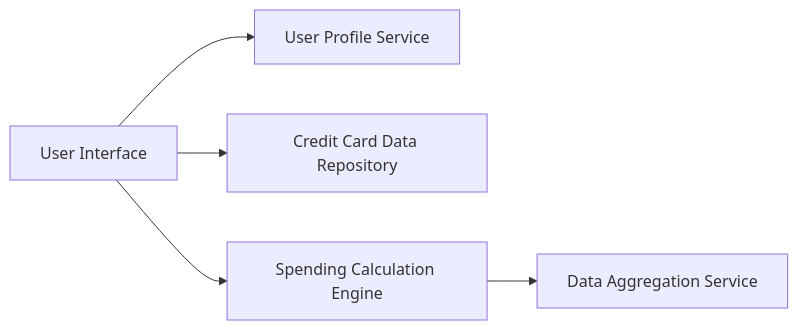
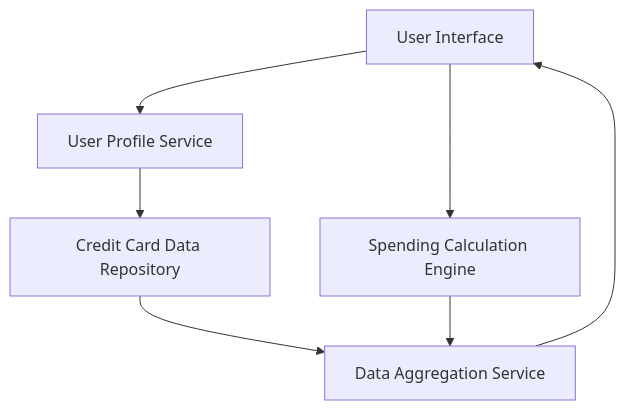
One commit to AAVA-Demo/APB_Demo changed the diagram in HLD/QE-7709_HLD.md. Above: the diagram before and after it, drawn with Mermaid. The commit also changed other lines of this file and 5 other files, not shown here.

````diff
--- a/HLD/QE-7709_HLD.md
+++ b/HLD/QE-7709_HLD.md
@@ -7,12 +7,14 @@
 ```mermaid
-flowchart LR
+flowchart TD
     A["User Interface"]
     B["User Profile Service"]
     C["Credit Card Data Repository"]
     D["Spending Calculation Engine"]
     E["Data Aggregation Service"]
     A --> B
-    A --> C
+    B --> C
+    C --> E
+    D --> E
+    E --> A
     A --> D
-    D --> E
 ```
````
